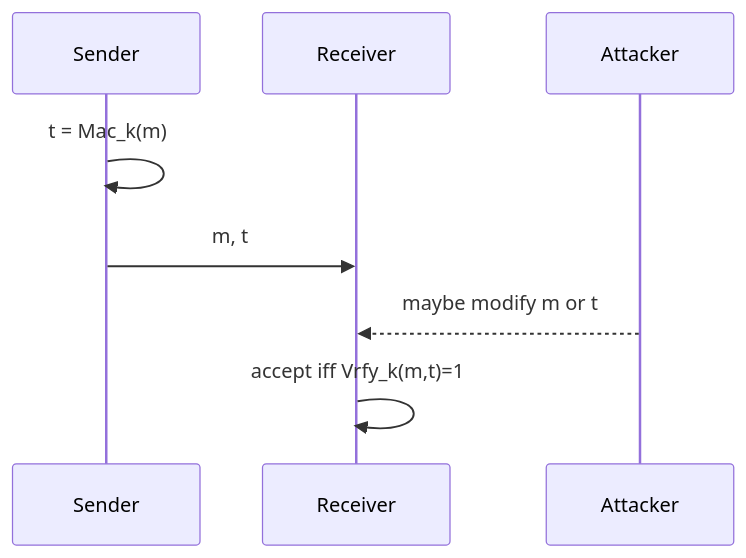
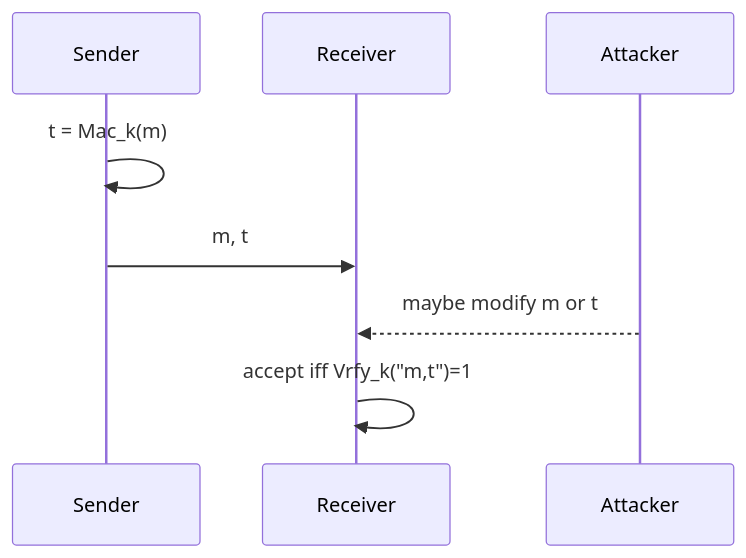
One commit to justinbrianhwang/SJ-wiki changed the diagram in docs/cs/cryptography/message-authentication-codes.md. Above: the diagram before and after it, drawn with Mermaid. The commit also changed 216 other files, not shown here.

Commit message:
Quote Mermaid node/edge labels with special characters to prevent client-side parse errors

````diff
--- a/docs/cs/cryptography/message-authentication-codes.md
+++ b/docs/cs/cryptography/message-authentication-codes.md
@@ -83,10 +83,10 @@
 ```mermaid
 sequenceDiagram
   participant S as Sender
   participant R as Receiver
   participant A as Attacker
   S->>S: t = Mac_k(m)
   S->>R: m, t
   A-->>R: maybe modify m or t
-  R->>R: accept iff Vrfy_k(m,t)=1
+  R->>R: accept iff Vrfy_k("m,t")=1
 ```
````
